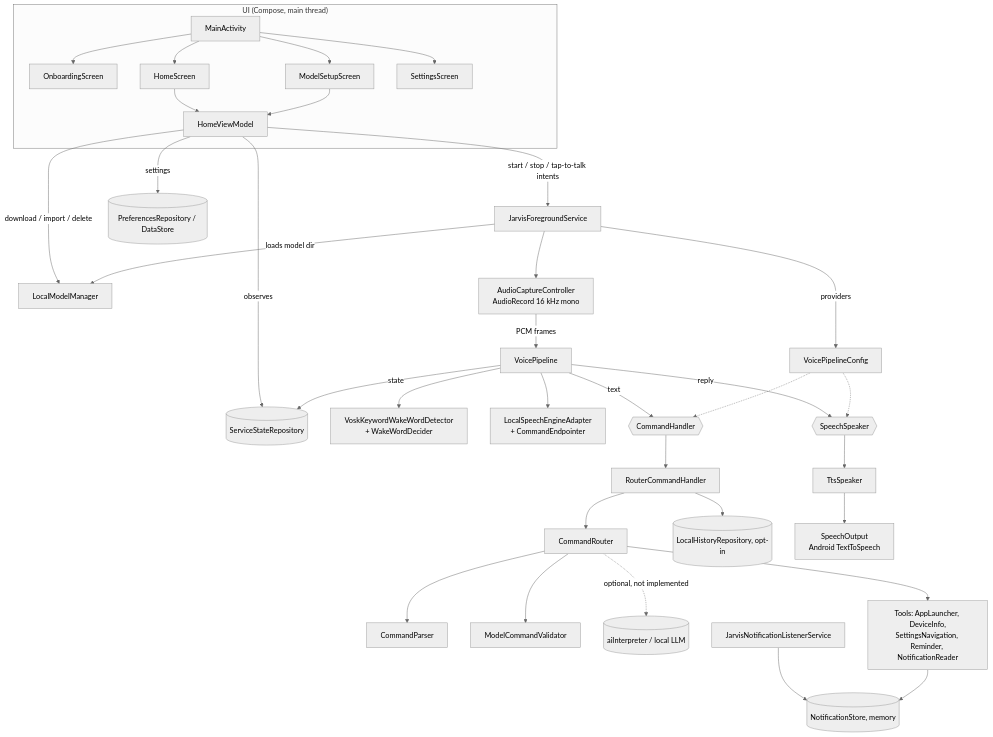
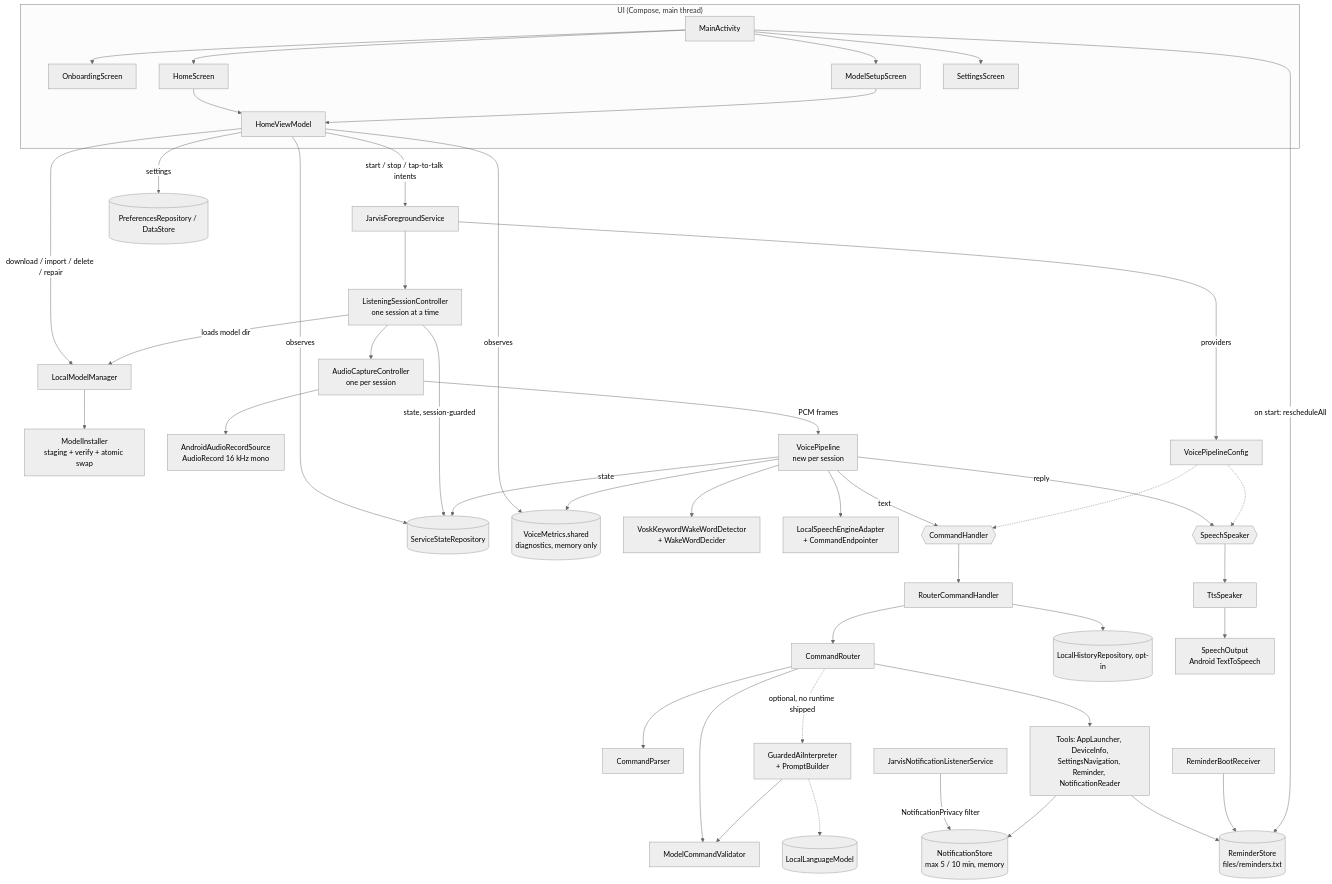
One commit to Sinha28Shivam/AI-Mobile-Automation changed the first of 2 diagrams in docs/ARCHITECTURE.md. Above: the diagram before and after it, drawn with Mermaid (neutral theme). The commit also changed other lines of this file and 80 other files, not shown here.

First line of the commit message:
Implement improvement roadmap: lifecycle hardening, command safety, model install, privacy, reminders, CI

````diff
--- a/docs/ARCHITECTURE.md
+++ b/docs/ARCHITECTURE.md
@@ -8,38 +11,48 @@
 ```mermaid
 flowchart TD
     subgraph UI["UI (Compose, main thread)"]
         MA[MainActivity] --> OB[OnboardingScreen]
         MA --> HS[HomeScreen]
         MA --> MS[ModelSetupScreen]
         MA --> SS[SettingsScreen]
         HS --> VM[HomeViewModel]
         MS --> VM
     end
 
     VM -- start / stop / tap-to-talk intents --> FGS[JarvisForegroundService]
     VM -- observes --> SSR[(ServiceStateRepository)]
-    VM -- download / import / delete --> LMM[LocalModelManager]
+    VM -- download / import / delete / repair --> LMM[LocalModelManager]
+    LMM --> MI[ModelInstaller<br/>staging + verify + atomic swap]
     VM -- settings --> PREF[(PreferencesRepository / DataStore)]
+    VM -- observes --> MET[(VoiceMetrics.shared<br/>diagnostics, memory only)]
 
-    FGS -- loads model dir --> LMM
-    FGS --> ACC[AudioCaptureController<br/>AudioRecord 16 kHz mono]
-    ACC -- PCM frames --> VP[VoicePipeline]
+    FGS --> LSC[ListeningSessionController<br/>one session at a time]
+    LSC -- loads model dir --> LMM
+    LSC --> ACC[AudioCaptureController<br/>one per session]
+    ACC --> SRC[AndroidAudioRecordSource<br/>AudioRecord 16 kHz mono]
+    ACC -- PCM frames --> VP[VoicePipeline<br/>new per session]
+    LSC -- state, session-guarded --> SSR
+    VP --> MET
     VP --> WW[VoskKeywordWakeWordDetector<br/>+ WakeWordDecider]
     VP --> STT[LocalSpeechEngineAdapter<br/>+ CommandEndpointer]
     VP -- text --> CH{{CommandHandler}}
     VP -- reply --> SP{{SpeechSpeaker}}
     VP -- state --> SSR
     FGS -- providers --> CFG[VoicePipelineConfig]
     CFG -.-> CH
     CFG -.-> SP
 
     CH --> RCH[RouterCommandHandler] --> CR[CommandRouter]
     RCH --> HIST[(LocalHistoryRepository, opt-in)]
     CR --> CP[CommandParser]
     CR --> MCV[ModelCommandValidator]
-    CR -.optional, not implemented.-> LLM[(aiInterpreter / local LLM)]
+    CR -.optional, no runtime shipped.-> GAI[GuardedAiInterpreter<br/>+ PromptBuilder] -.-> LLM[(LocalLanguageModel)]
+    GAI --> MCV
     CR --> TOOLS[Tools: AppLauncher, DeviceInfo,<br/>SettingsNavigation, Reminder, NotificationReader]
     SP --> TS[TtsSpeaker] --> TTS[SpeechOutput<br/>Android TextToSpeech]
-    NLS[JarvisNotificationListenerService] --> NS[(NotificationStore, memory)]
+    NLS[JarvisNotificationListenerService] -- NotificationPrivacy filter --> NS[(NotificationStore<br/>max 5 / 10 min, memory)]
     TOOLS --> NS
+    TOOLS --> RS[(ReminderStore<br/>files/reminders.txt)]
+    BOOT[ReminderBootReceiver] --> RS
+    MA -- on start: rescheduleAll --> RS
 ```
````
